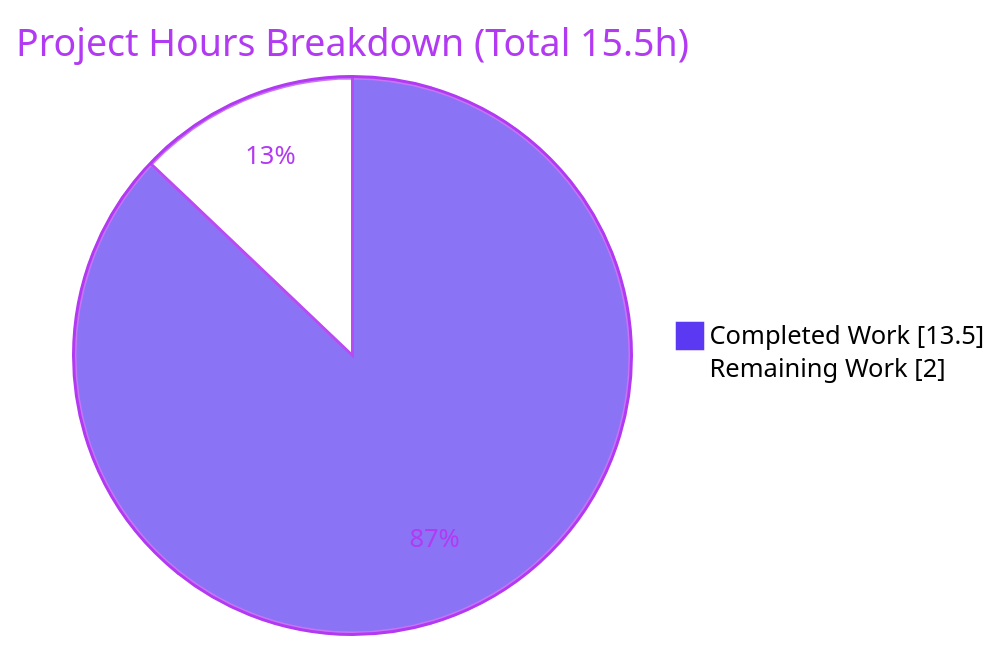
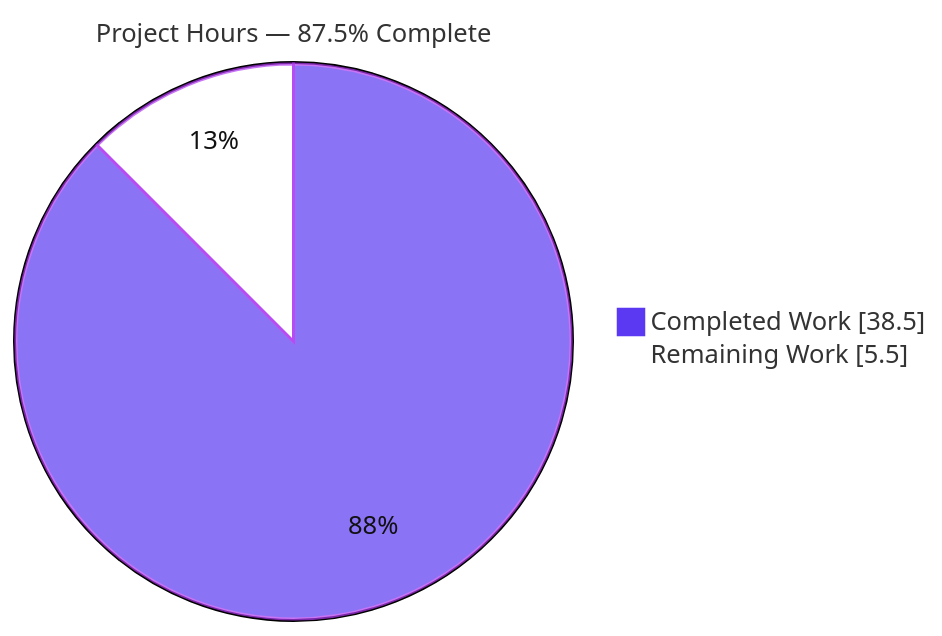
One commit to Blitzy-Sandbox/Cataclysm-DDA changed the second of 3 diagrams in blitzy/documentation/Project Guide.md. Above: the diagram before and after it, drawn with Mermaid. The commit also changed other lines of this file, not shown here.

Commit message:
Adding Blitzy Project Guide: Project Status and Human Tasks Remaining

````diff
--- a/blitzy/documentation/Project Guide.md
+++ b/blitzy/documentation/Project Guide.md
@@ -173,6 +215,7 @@
 ```mermaid
-%%{init: {'theme':'base','themeVariables':{'pie1':'#5B39F3','pie2':'#FFFFFF','pieStrokeColor':'#B23AF2','pieOuterStrokeColor':'#B23AF2','pieTitleTextColor':'#B23AF2','pieSectionTextColor':'#B23AF2','pieLegendTextColor':'#000000'}}}%%
-pie showData title Project Hours Breakdown (Total 15.5h)
-    "Completed Work" : 13.5
-    "Remaining Work" : 2.0
+%%{init: {'theme':'base', 'themeVariables': {'pie1':'#5B39F3','pie2':'#FFFFFF','pieStrokeColor':'#B23AF2','pieStrokeWidth':'2px','pieOuterStrokeWidth':'2px','pieSectionTextColor':'#111111','pieTitleTextSize':'17px'}}}%%
+pie showData
+    title Project Hours — 87.5% Complete
+    "Completed Work" : 38.5
+    "Remaining Work" : 5.5
 ```
````
